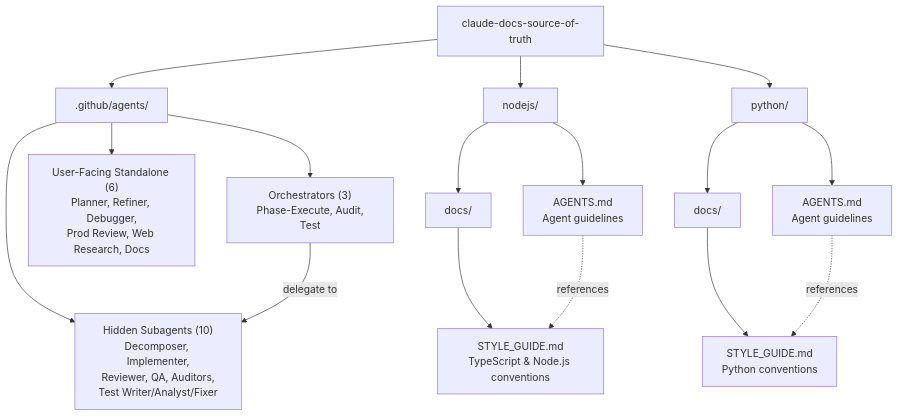
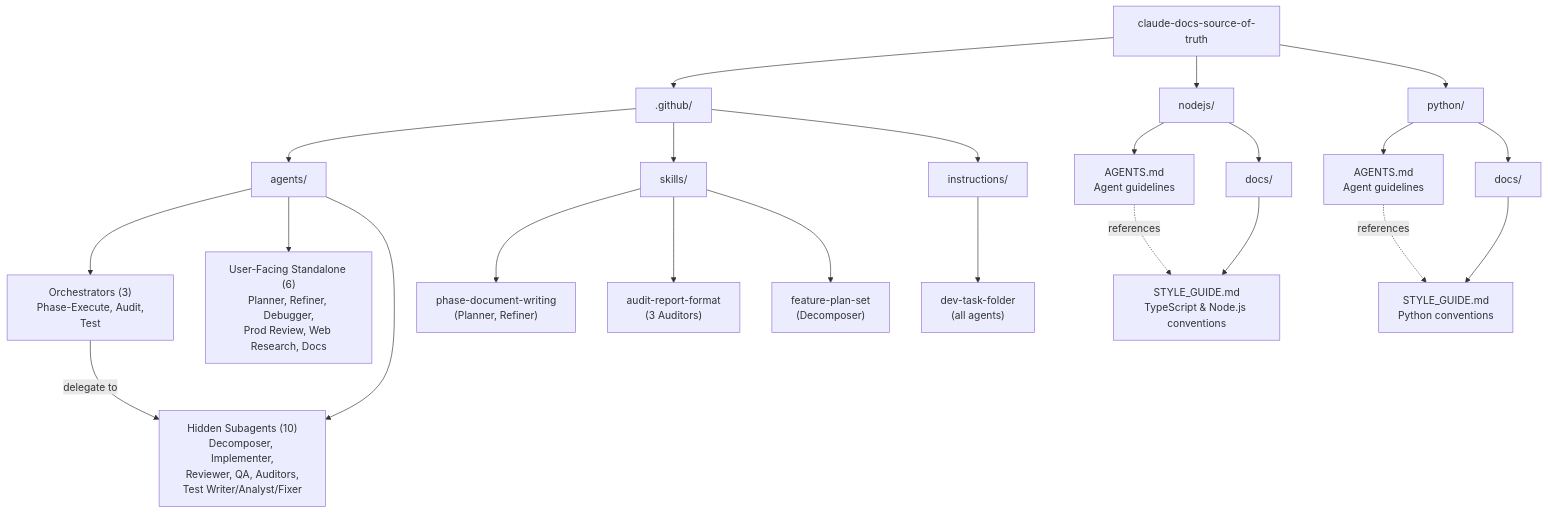
One commit to threnjen/thren-agentic-workflows changed the first of 3 diagrams in docs/ARCHITECTURE.md. Above: the diagram before and after it, drawn with Mermaid. The commit also changed other lines of this file and 12 other files, not shown here.

````diff
--- a/docs/ARCHITECTURE.md
+++ b/docs/ARCHITECTURE.md
@@ -13,23 +13,33 @@
 ```mermaid
 flowchart TD
     Root[claude-docs-source-of-truth]
-    Root --> GH[.github/agents/]
+    Root --> GH[.github/]
     Root --> NodeDir[nodejs/]
     Root --> PyDir[python/]
 
-    GH --> Orchestrators["Orchestrators (3)\n Phase-Execute, Audit, Test"]
-    GH --> UserAgents["User-Facing Standalone (6)\nPlanner, Refiner, Debugger,\nProd Review, Web Research, Docs"]
-    GH --> Subagents["Hidden Subagents (10)\nDecomposer, Implementer,\nReviewer, QA, Auditors,\nTest Writer/Analyst/Fixer"]
+    GH --> Agents[agents/]
+    GH --> Skills[skills/]
+    GH --> Instructions[instructions/]
+
+    Agents --> Orchestrators["Orchestrators (3)\n Phase-Execute, Audit, Test"]
+    Agents --> UserAgents["User-Facing Standalone (6)\nPlanner, Refiner, Debugger,\nProd Review, Web Research, Docs"]
+    Agents --> Subagents["Hidden Subagents (10)\nDecomposer, Implementer,\nReviewer, QA, Auditors,\nTest Writer/Analyst/Fixer"]
     Orchestrators -->|delegate to| Subagents
+
+    Skills --> S1["phase-document-writing\n(Planner, Refiner)"]
+    Skills --> S2["audit-report-format\n(3 Auditors)"]
+    Skills --> S3["feature-plan-set\n(Decomposer)"]
+
+    Instructions --> I1["dev-task-folder\n(all agents)"]
 
     NodeDir --> NodeAgents[AGENTS.md<br/>Agent guidelines]
     NodeDir --> NodeDocs[docs/]
     NodeDocs --> NodeStyle[STYLE_GUIDE.md<br/>TypeScript & Node.js conventions]
 
     PyDir --> PyAgents[AGENTS.md<br/>Agent guidelines]
     PyDir --> PyDocs[docs/]
     PyDocs --> PyStyle[STYLE_GUIDE.md<br/>Python conventions]
 
     NodeAgents -. "references" .-> NodeStyle
     PyAgents -. "references" .-> PyStyle
 ```
````
